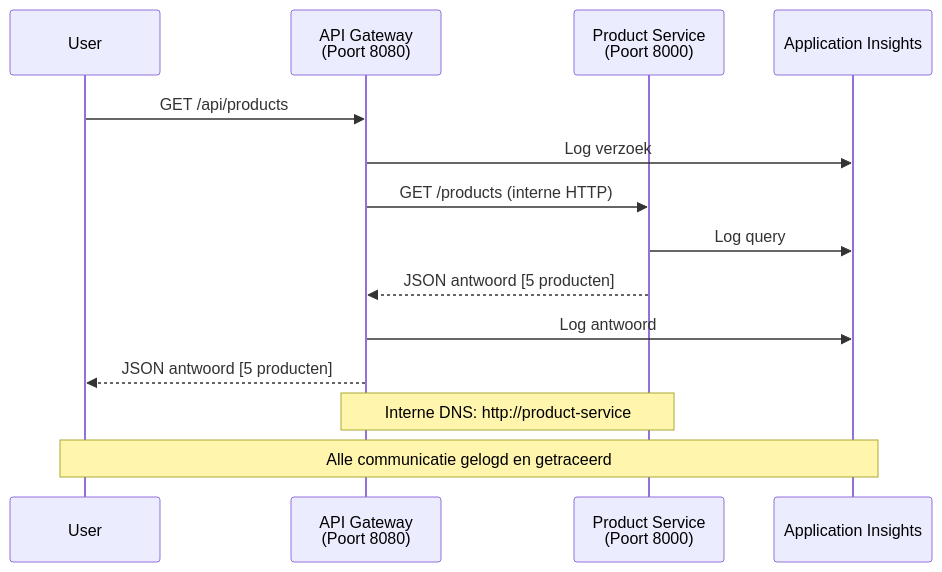
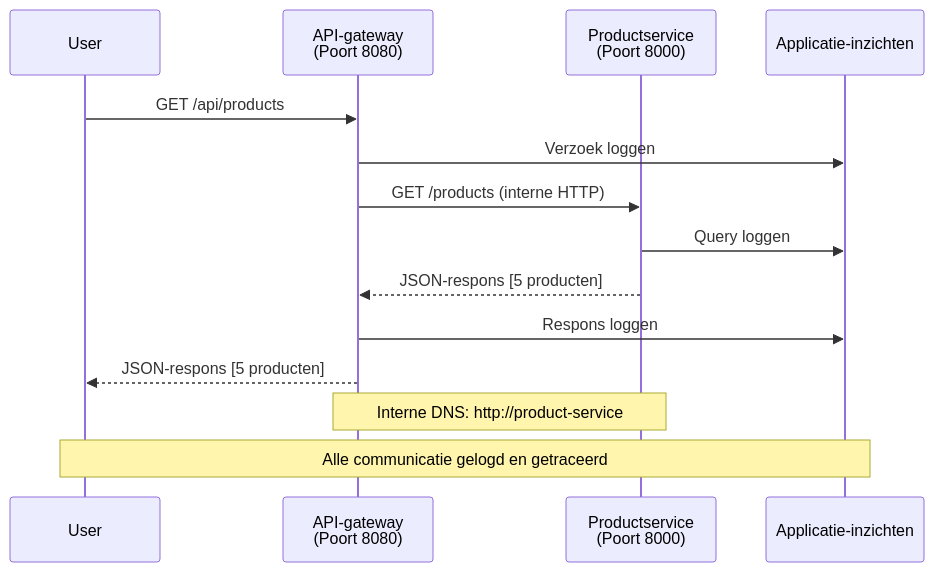
One commit to microsoft/AZD-for-beginners changed the fourth of 4 diagrams in translations/nl/examples/microservices/README.md. Above: the diagram before and after it, drawn with Mermaid. The commit also changed other lines of this file and 242 other files, not shown here.

````diff
--- a/translations/nl/examples/microservices/README.md
+++ b/translations/nl/examples/microservices/README.md
@@ -432,18 +423,18 @@
 ```mermaid
 sequenceDiagram
     participant User
-    participant Gateway as API Gateway<br/>(Poort 8080)
-    participant Product as Product Service<br/>(Poort 8000)
-    participant AI as Application Insights
+    participant Gateway as API-gateway<br/>(Poort 8080)
+    participant Product as Productservice<br/>(Poort 8000)
+    participant AI as Applicatie-inzichten
     
     User->>Gateway: GET /api/products
-    Gateway->>AI: Log verzoek
+    Gateway->>AI: Verzoek loggen
     Gateway->>Product: GET /products (interne HTTP)
-    Product->>AI: Log query
-    Product-->>Gateway: JSON antwoord [5 producten]
-    Gateway->>AI: Log antwoord
-    Gateway-->>User: JSON antwoord [5 producten]
+    Product->>AI: Query loggen
+    Product-->>Gateway: JSON-respons [5 producten]
+    Gateway->>AI: Respons loggen
+    Gateway-->>User: JSON-respons [5 producten]
     
     Note over Gateway,Product: Interne DNS: http://product-service
     Note over User,AI: Alle communicatie gelogd en getraceerd
 ```
````
